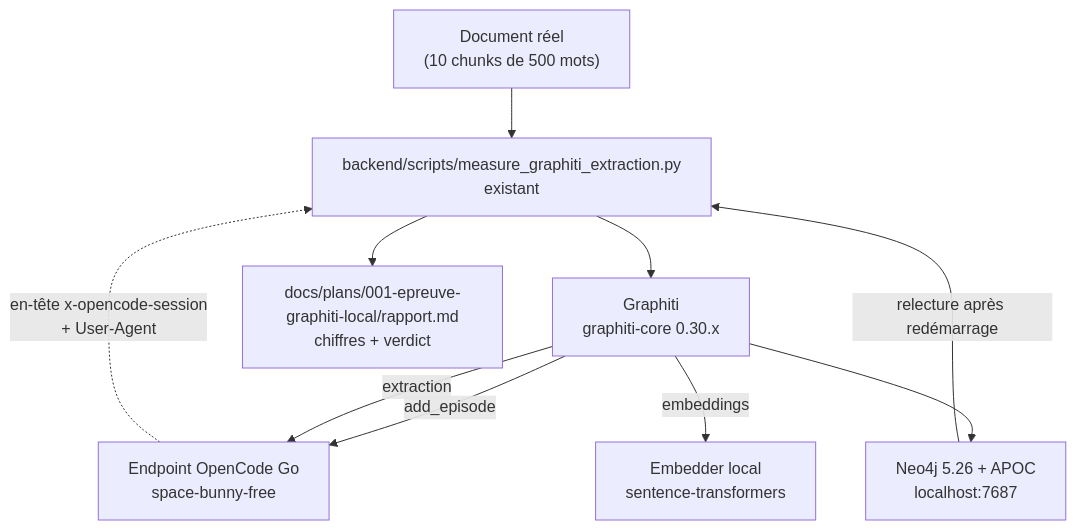
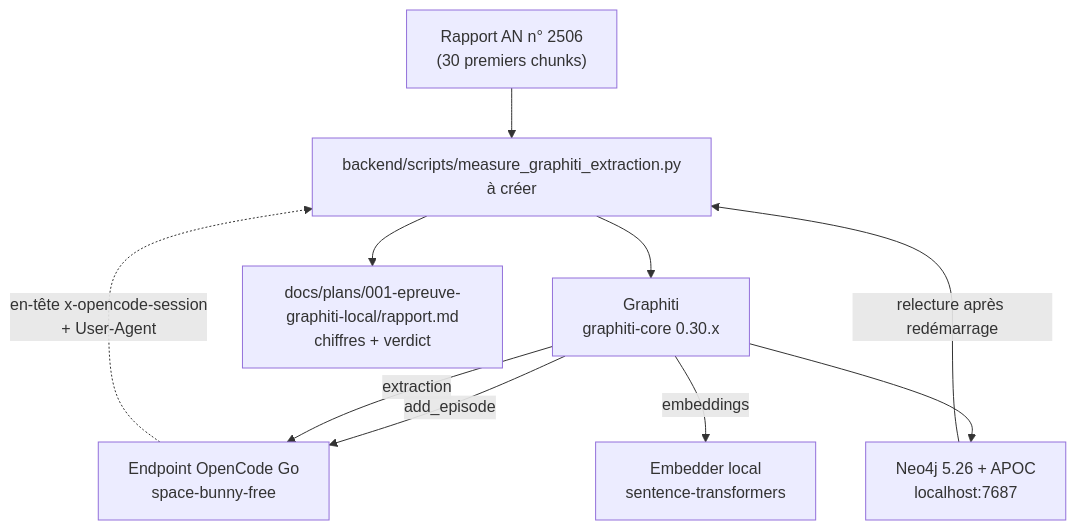
The diagram in docs/plans/001-epreuve-graphiti-local/architecture.md (zohac/MiroFish), drawn with Mermaid before and after one commit. The commit also changed other lines of this file and 4 other files, not shown here.

````diff
--- a/docs/plans/001-epreuve-graphiti-local/architecture.md
+++ b/docs/plans/001-epreuve-graphiti-local/architecture.md
@@ -16,14 +16,14 @@
 ```mermaid
 flowchart TD
-  DOC["Document réel<br/>(10 chunks de 500 mots)"] --> SCRIPT["backend/scripts/measure_graphiti_extraction.py<br/>existant"]
+  DOC["Rapport AN n° 2506<br/>(30 premiers chunks)"] --> SCRIPT["backend/scripts/measure_graphiti_extraction.py<br/>à créer"]
   SCRIPT --> G["Graphiti<br/>graphiti-core 0.30.x"]
 
   G -->|add_episode| LLM["Endpoint OpenCode Go<br/>space-bunny-free"]
   G -->|extraction| LLM
   G -->|embeddings| EMB["Embedder local<br/>sentence-transformers"]
   G --> BOLT["Neo4j 5.26 + APOC<br/>localhost:7687"]
 
   LLM -.->|"en-tête x-opencode-session<br/>+ User-Agent"| SCRIPT
   BOLT -->|relecture après redémarrage| SCRIPT
   SCRIPT --> RAPPORT["docs/plans/001-epreuve-graphiti-local/rapport.md<br/>chiffres + verdict"]
 ```
````
